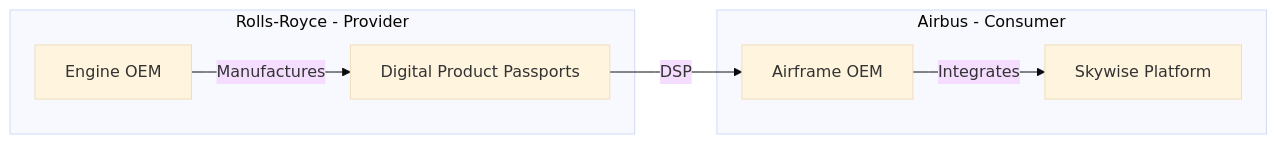
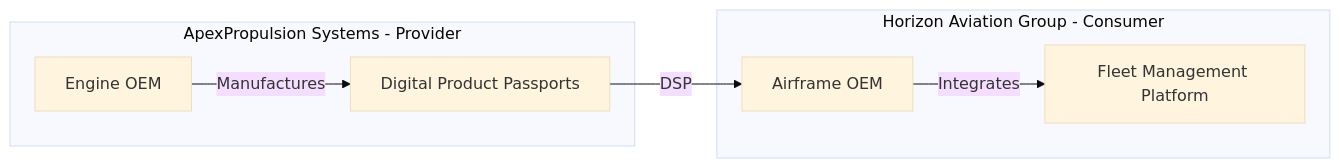
Before and after one commit to ma3u/MinimumViableDataspace: the first of 8 diagrams in README.md, drawn with Mermaid (base theme). The commit also changed other lines of this file and 13 other files, not shown here.

````diff
--- a/README.md
+++ b/README.md
@@ -70,16 +70,16 @@
 ```mermaid
 flowchart LR
-    subgraph Provider["Rolls-Royce - Provider"]
+    subgraph Provider["ApexPropulsion Systems - Provider"]
         RR["Engine OEM"]
         DPP["Digital Product Passports"]
     end
     
-    subgraph Consumer["Airbus - Consumer"]
+    subgraph Consumer["Horizon Aviation Group - Consumer"]
         AB["Airframe OEM"]
-        SKY["Skywise Platform"]
+        SKY["Fleet Management Platform"]
     end
     
     RR --> |"Manufactures"| DPP
     DPP --> |"DSP"| AB
     AB --> |"Integrates"| SKY
 ```
````
